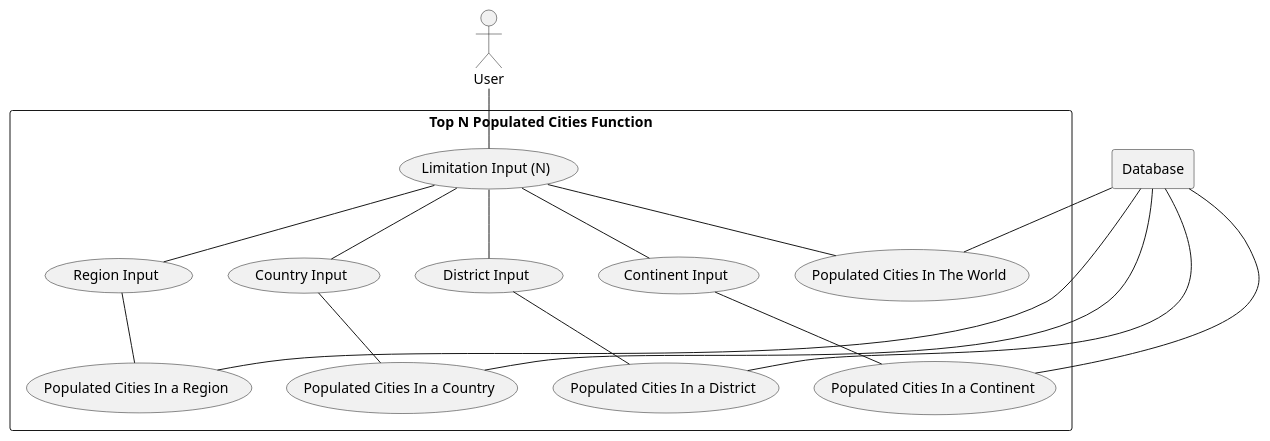
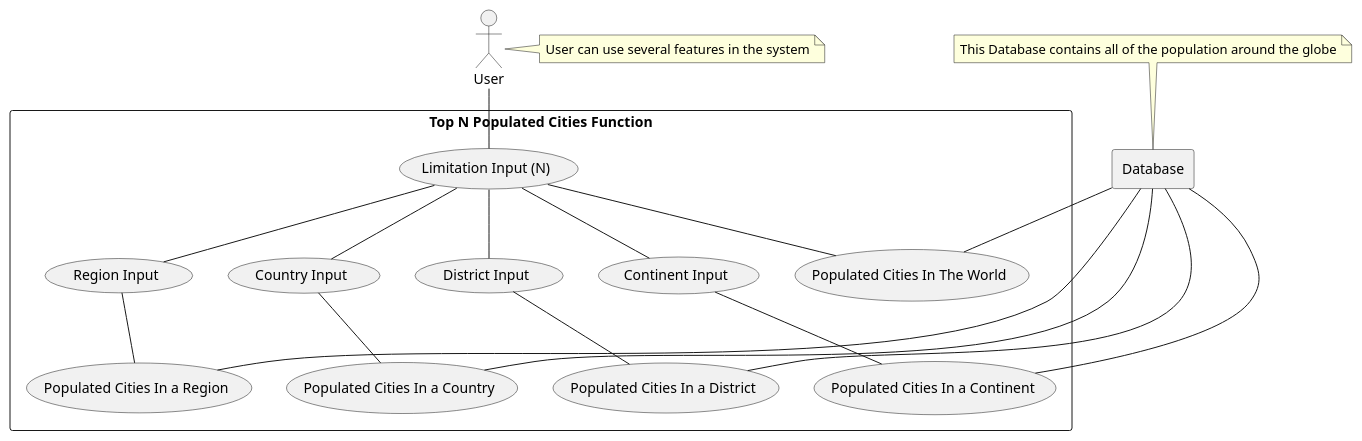
The diagram in use-cases/TopNPopulatedCitiesFunction.puml (40437404/DevOps_SET09623), drawn with PlantUML before and after one commit. The commit also changed 9 other files, not shown here.

Commit message:
UseCase Diagrams Updated

```diff
--- a/use-cases/TopNPopulatedCitiesFunction.puml
+++ b/use-cases/TopNPopulatedCitiesFunction.puml
@@ -1,32 +1,34 @@
 @startuml
 actor user as "User"
+note right of user: User can use several features in the system
 rectangle db as "Database"
+note top of db: This Database contains all of the population around the globe
 rectangle "Top N Populated Cities Function"{
     usecase input as "Limitation Input (N)"
     usecase continent as "Continent Input"
     usecase region as "Region Input"
     usecase country as "Country Input"
     usecase district as "District Input"
     usecase PC1 as "Populated Cities In The World"
     usecase PC2 as "Populated Cities In a Continent"
     usecase PC3 as "Populated Cities In a Region"
     usecase PC4 as "Populated Cities In a Country"
     usecase PC5 as "Populated Cities In a District"
     db - PC1
     db -- PC2
     db --- PC3
     db -- PC4
     db - PC5
 }
 user -- input
 input -- PC1
 input -- continent
 input -- region
 input -- country
 input -- district
 continent -- PC2
 region -- PC3
 country -- PC4
 district -- PC5
 
 @enduml
```
